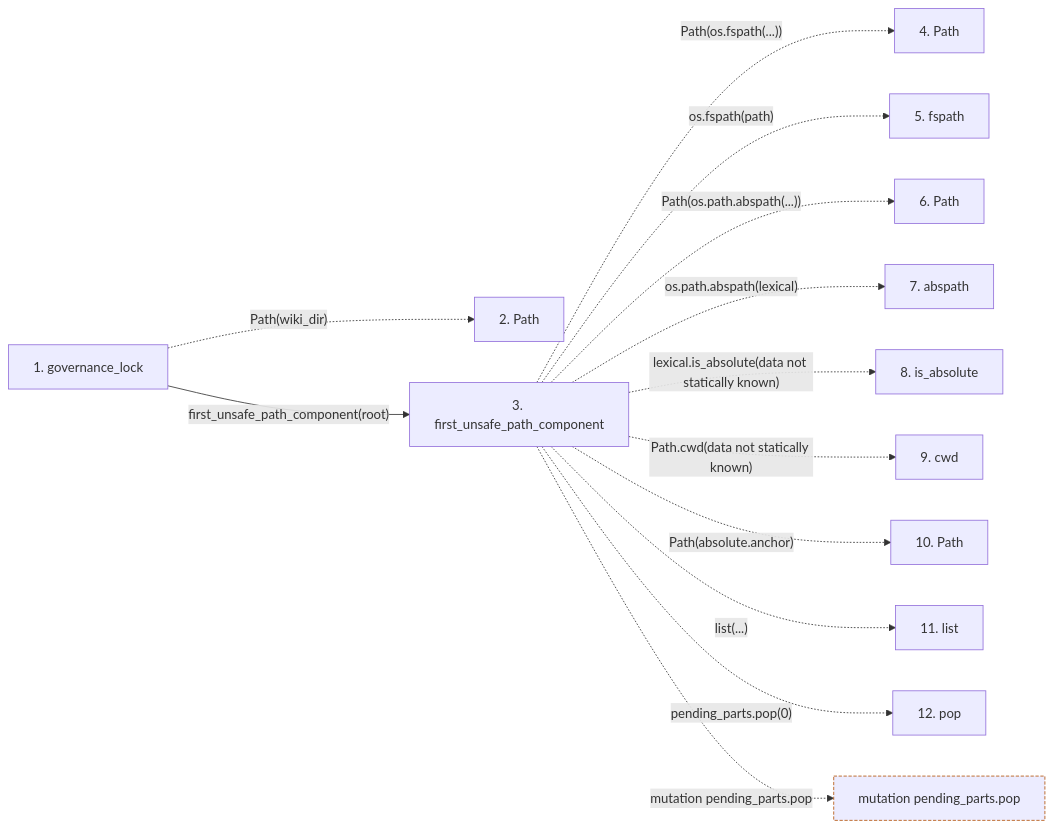
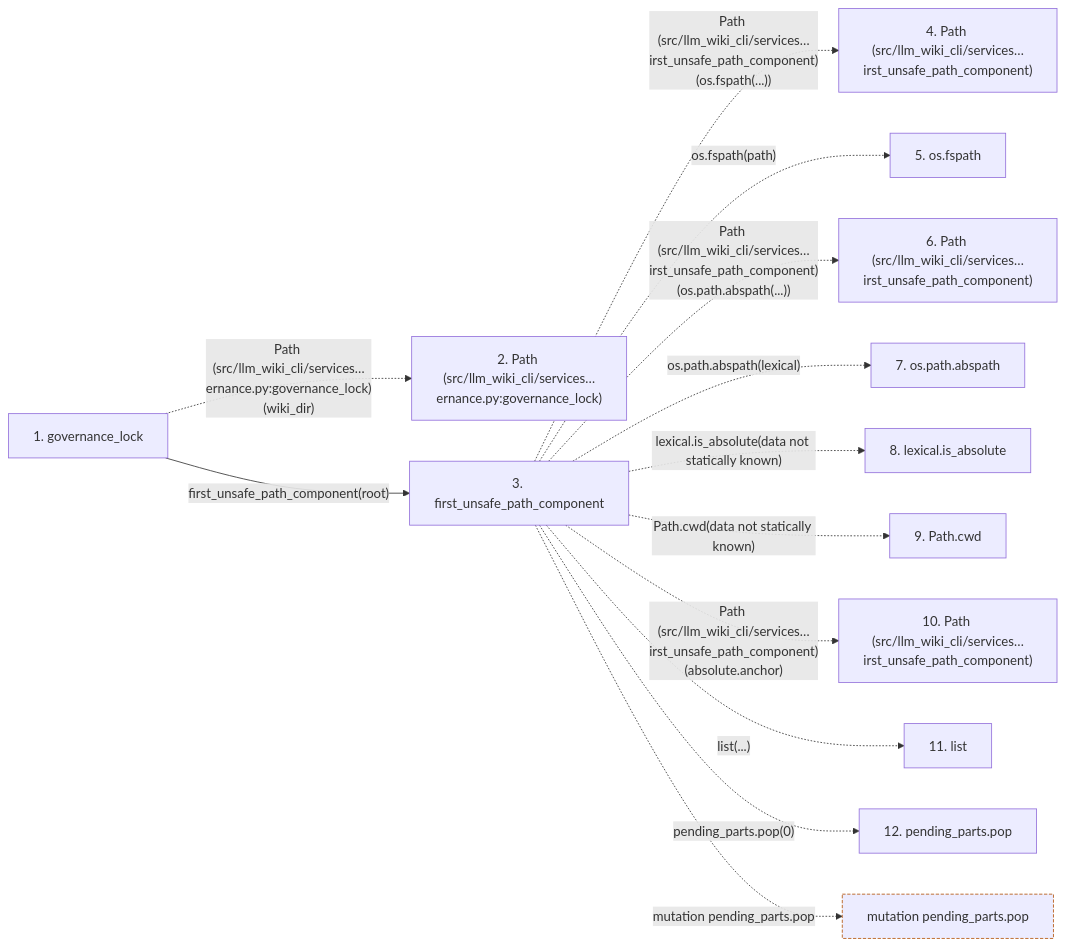
One commit to Denissvgn/python-wiki-llm changed the second of 2 diagrams in docs/llm_wiki/flows/api-governance_lock.md. Above: the diagram before and after it, drawn with Mermaid. The commit also changed other lines of this file and 719 other files, not shown here.

````diff
--- a/docs/llm_wiki/flows/api-governance_lock.md
+++ b/docs/llm_wiki/flows/api-governance_lock.md
@@ -68,32 +70,32 @@
 ```mermaid
 flowchart LR
     s1["1. governance_lock"]
-    s2["2. Path"]
+    s2["2. Path (src/llm_wiki_cli/services…ernance.py:governance_lock)"]
     s3["3. first_unsafe_path_component"]
-    s4["4. Path"]
-    s5["5. fspath"]
-    s6["6. Path"]
-    s7["7. abspath"]
-    s8["8. is_absolute"]
-    s9["9. cwd"]
-    s10["10. Path"]
+    s4["4. Path (src/llm_wiki_cli/services…irst_unsafe_path_component)"]
+    s5["5. os.fspath"]
+    s6["6. Path (src/llm_wiki_cli/services…irst_unsafe_path_component)"]
+    s7["7. os.path.abspath"]
+    s8["8. lexical.is_absolute"]
+    s9["9. Path.cwd"]
+    s10["10. Path (src/llm_wiki_cli/services…irst_unsafe_path_component)"]
     s11["11. list"]
-    s12["12. pop"]
-    s1 -. "Path(wiki_dir)" .-> s2
+    s12["12. pending_parts.pop"]
+    s1 -. "Path (src/llm_wiki_cli/services…ernance.py:governance_lock)(wiki_dir)" .-> s2
     s1 -->|"first_unsafe_path_component(root)"| s3
-    s3 -. "Path(os.fspath(...))" .-> s4
+    s3 -. "Path (src/llm_wiki_cli/services…irst_unsafe_path_component)(os.fspath(...))" .-> s4
     s3 -. "os.fspath(path)" .-> s5
-    s3 -. "Path(os.path.abspath(...))" .-> s6
+    s3 -. "Path (src/llm_wiki_cli/services…irst_unsafe_path_component)(os.path.abspath(...))" .-> s6
     s3 -. "os.path.abspath(lexical)" .-> s7
     s3 -. "lexical.is_absolute(data not statically known)" .-> s8
     s3 -. "Path.cwd(data not statically known)" .-> s9
-    s3 -. "Path(absolute.anchor)" .-> s10
+    s3 -. "Path (src/llm_wiki_cli/services…irst_unsafe_path_component)(absolute.anchor)" .-> s10
     s3 -. "list(...)" .-> s11
     s3 -. "pending_parts.pop(0)" .-> s12
     b0["mutation pending_parts.pop"]
     s3 -. "mutation pending_parts.pop" .-> b0
     click s1 "../modules/knowledge_governance.md"
     click s3 "../modules/io.md"
     classDef boundary stroke:#b45309,stroke-dasharray: 4 2
     class b0 boundary
 ```
````
